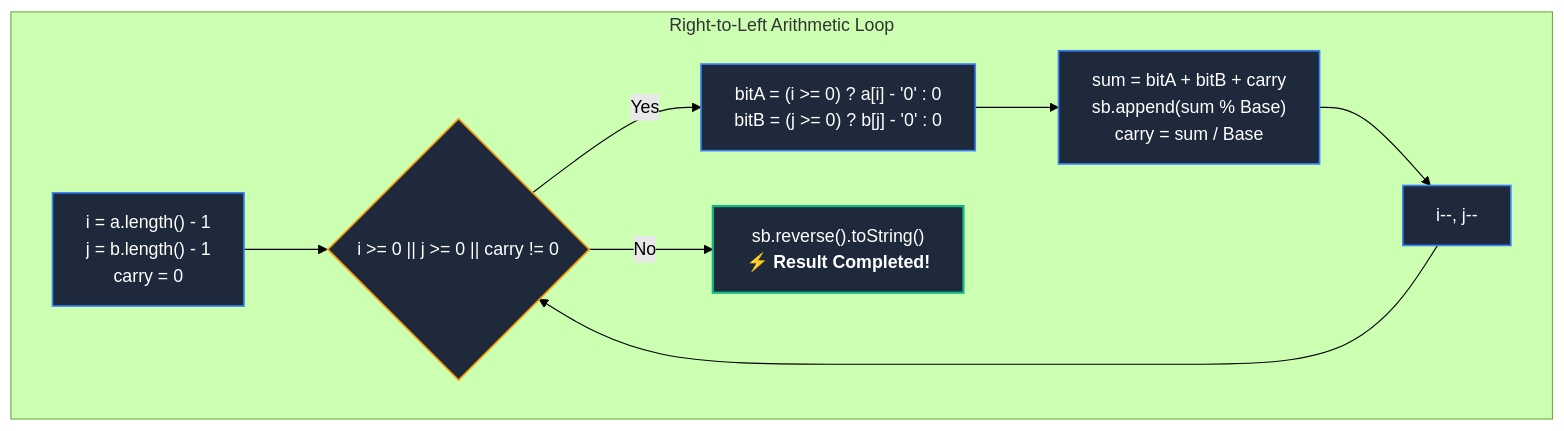
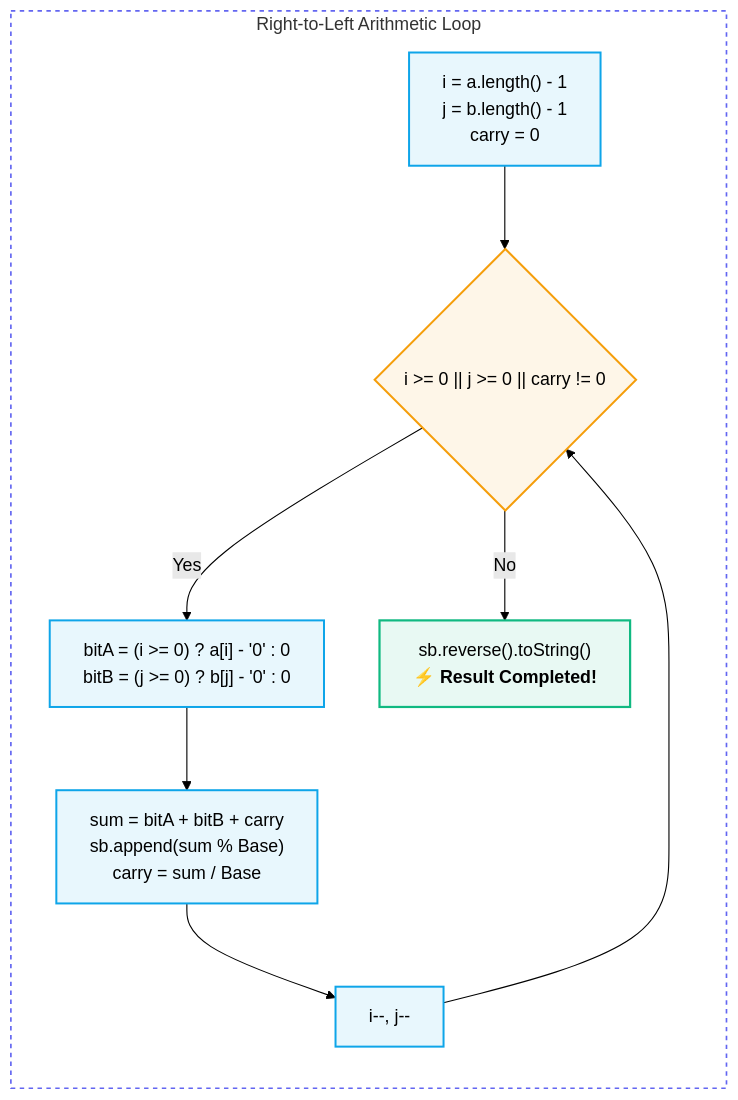
Before and after one commit to abhinavbharti2345/CS_Notes: the first of 2 diagrams in DSA/01. Strings/Add Binary & String Arithmetic.md, drawn with Mermaid (forest theme). The commit also changed other lines of this file and 47 other files, not shown here.

Commit message:
docs: add computer science study notes and generate graphify visualization output

````diff
--- a/DSA/01. Strings/Add Binary & String Arithmetic.md
+++ b/DSA/01. Strings/Add Binary & String Arithmetic.md
@@ -34,20 +34,24 @@
 ```mermaid
 flowchart TD
     subgraph Simulation ["Right-to-Left Arithmetic Loop"]
+        direction TD
         Start["i = a.length() - 1<br/>j = b.length() - 1<br/>carry = 0"] --> Condition{"i >= 0 || j >= 0 || carry != 0"}
         
         Condition -- "Yes" --> Extract["bitA = (i >= 0) ? a[i] - '0' : 0<br/>bitB = (j >= 0) ? b[j] - '0' : 0"]
         Extract --> Calc["sum = bitA + bitB + carry<br/>sb.append(sum % Base)<br/>carry = sum / Base"]
         Calc --> Decrement["i--, j--"]
         Decrement --> Condition
         
         Condition -- "No" --> Reverse["sb.reverse().toString()<br/><b>⚡ Result Completed!</b>"]
     end
 
-    classDef step fill:#1e293b,stroke:#3b82f6,stroke-width:1.5px,color:#fff;
-    classDef decision fill:#1e293b,stroke:#f59e0b,stroke-width:1.5px,color:#fff;
-    classDef finish fill:#1e293b,stroke:#10b981,stroke-width:2px,color:#fff;
+    style Simulation fill:none,stroke:#6366f1,stroke-width:1.5px,stroke-dasharray:4 4
+
+    classDef step fill:#0ea5e918,stroke:#0ea5e9,stroke-width:1.8px;
+    classDef decision fill:#f59e0b18,stroke:#f59e0b,stroke-width:1.8px;
+    classDef finish fill:#10b98118,stroke:#10b981,stroke-width:2px;
+
     class Start,Extract,Calc,Decrement step;
     class Condition decision;
     class Reverse finish;
 ```
````
